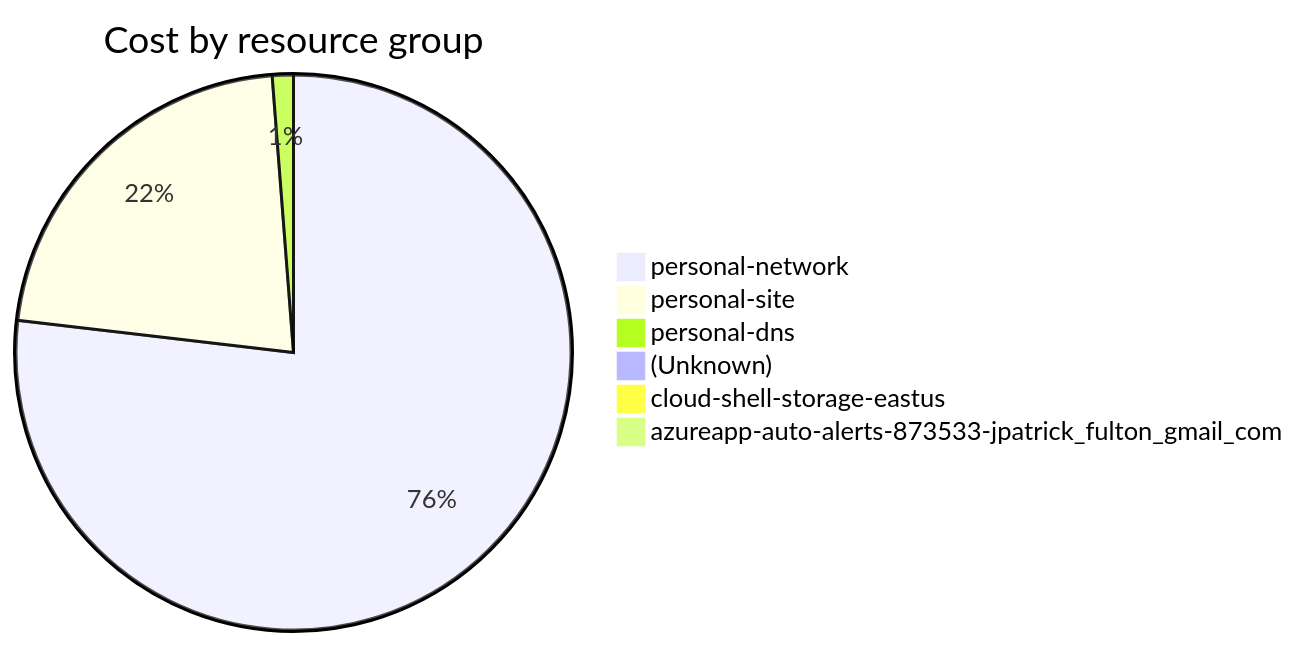
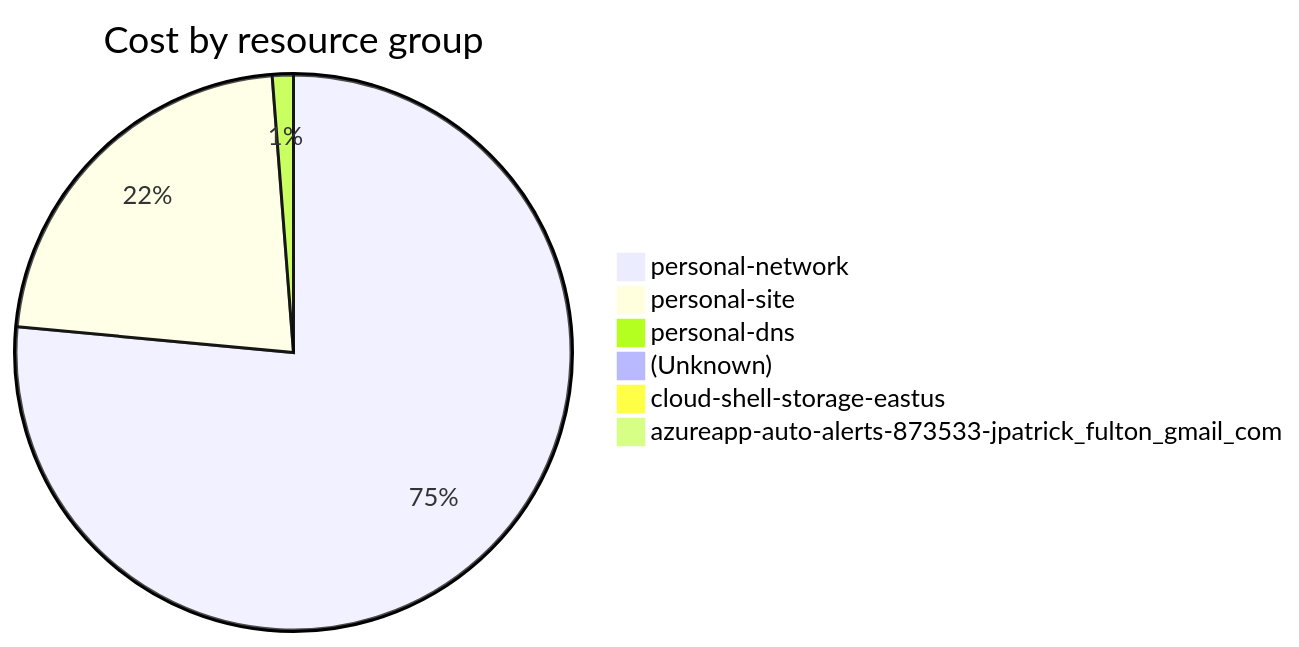
Before and after one commit to jpfulton/azure-personal-reports: the fourth of 4 diagrams in cost-reports/accumulated-cost.md, drawn with Mermaid. The commit also changed other lines of this file and 4 other files, not shown here.

````diff
--- a/cost-reports/accumulated-cost.md
+++ b/cost-reports/accumulated-cost.md
@@ -154,10 +156,10 @@
 ```mermaid
 pie
    title Cost by resource group
-   "personal-network" : 30.74
-   "personal-site" : 8.77
-   "personal-dns" : 0.49
-   "(Unknown)" : 0.35
-   "cloud-shell-storage-eastus" : 0.15
+   "personal-network" : 32.45
+   "personal-site" : 9.46
+   "personal-dns" : 0.52
+   "(Unknown)" : 0.39
+   "cloud-shell-storage-eastus" : 0.17
    "azureapp-auto-alerts-873533-jpatrick_fulton_gmail_com" : 0.00
 ```
````
